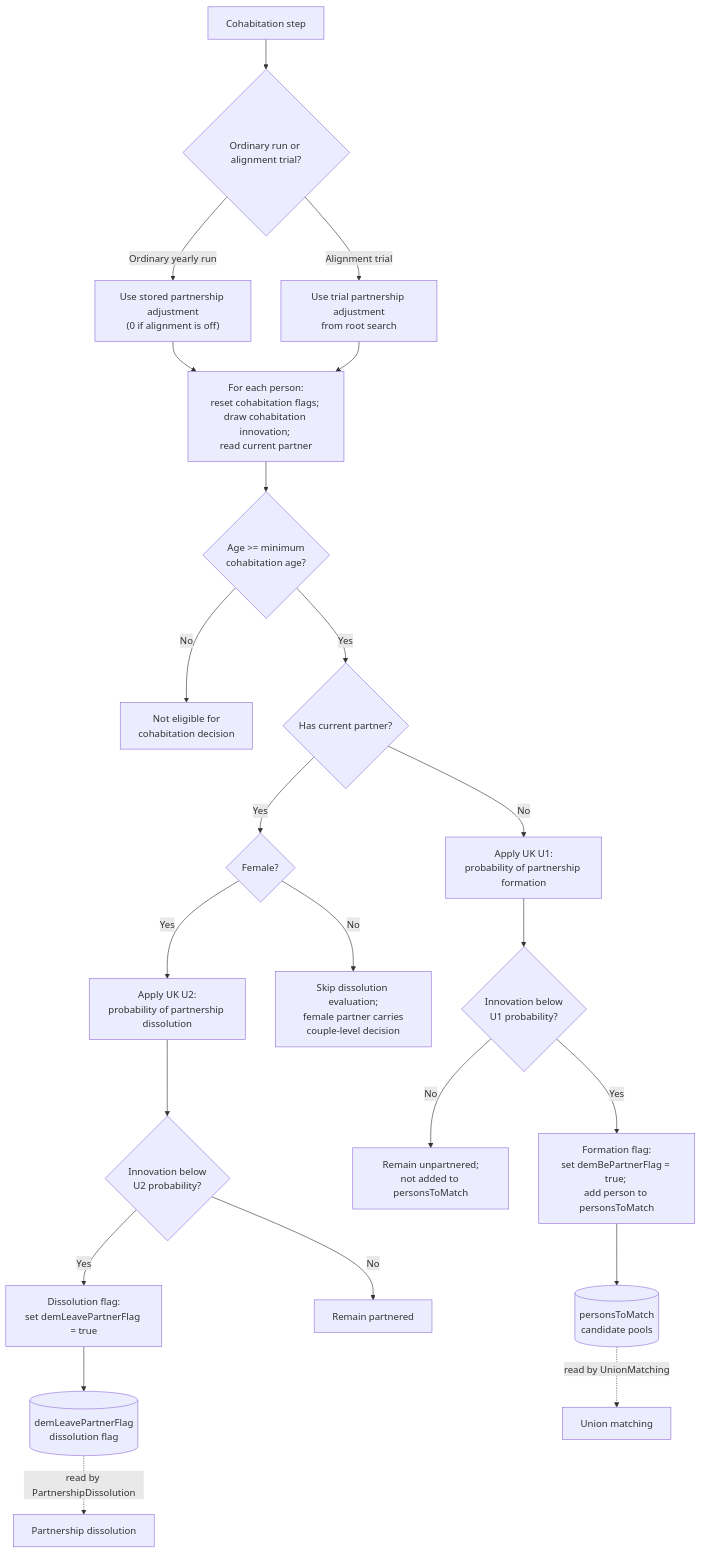
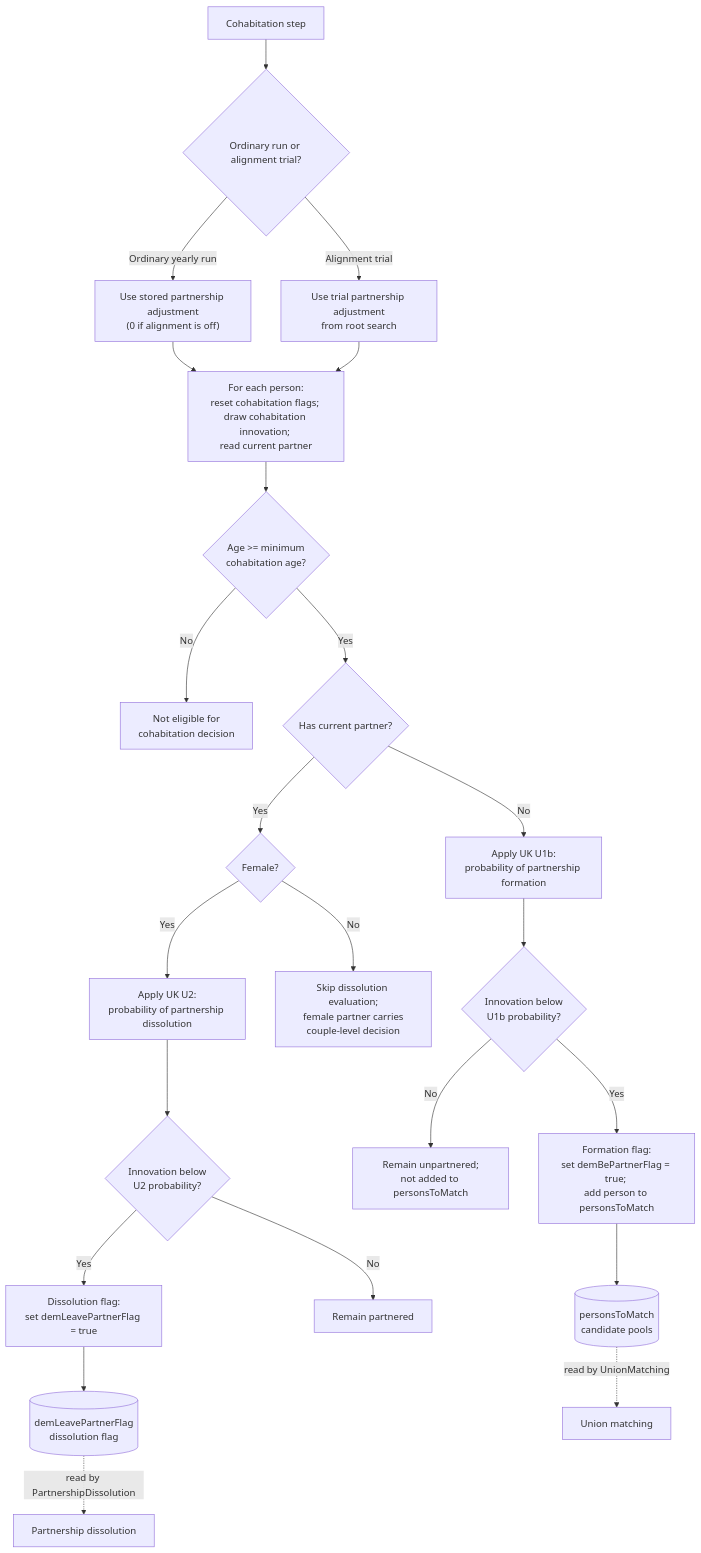
One commit to centreformicrosimulation/SimPaths changed the diagram in documentation/flowcharts/modules/cohabitation.md. Above: the diagram before and after it, drawn with Mermaid. The commit also changed other lines of this file and 6 other files, not shown here.

````diff
--- a/documentation/flowcharts/modules/cohabitation.md
+++ b/documentation/flowcharts/modules/cohabitation.md
@@ -107,27 +107,27 @@
 ```mermaid
 flowchart TD
     A["Cohabitation step"] --> B{"Ordinary run or alignment trial?"}
     B -- Ordinary yearly run --> C["Use stored partnership adjustment<br/>(0 if alignment is off)"]
     B -- Alignment trial --> D["Use trial partnership adjustment<br/>from root search"]
     C --> E["For each person:<br/>reset cohabitation flags; <br/>draw cohabitation innovation; <br/>read current partner"]
     D --> E
 
     E --> F{"Age >= minimum<br/>cohabitation age?"}
     F -- No --> Z["Not eligible for<br/>cohabitation decision"]
     F -- Yes --> H{"Has current partner?"}
-    H -- No --> I["Apply UK U1:<br/>probability of partnership formation"]
-    I --> J{"Innovation below<br/>U1 probability?"}
+    H -- No --> I["Apply UK U1b:<br/>probability of partnership formation"]
+    I --> J{"Innovation below<br/>U1b probability?"}
     J -- Yes --> K["Formation flag:<br/>set demBePartnerFlag = true; <br/>add person to personsToMatch"]
     J -- No --> L["Remain unpartnered;<br/>not added to personsToMatch"]
     H -- Yes --> M{"Female?"}
     M -- No --> N["Skip dissolution evaluation;<br/>female partner carries<br/>couple-level decision"]
     M -- Yes --> O["Apply UK U2:<br/>probability of partnership dissolution"]
     O --> P{"Innovation below<br/>U2 probability?"}
     P -- Yes --> Q["Dissolution flag:<br/>set demLeavePartnerFlag = true"]
     P -- No --> R["Remain partnered"]
 
     K --> K2[("personsToMatch<br/>candidate pools")]
     Q --> Q2[("demLeavePartnerFlag<br/>dissolution flag")]
     K2 -. "read by UnionMatching" .-> UM["Union matching"]
     Q2 -. "read by PartnershipDissolution" .-> PD["Partnership dissolution"]
 ```
````
